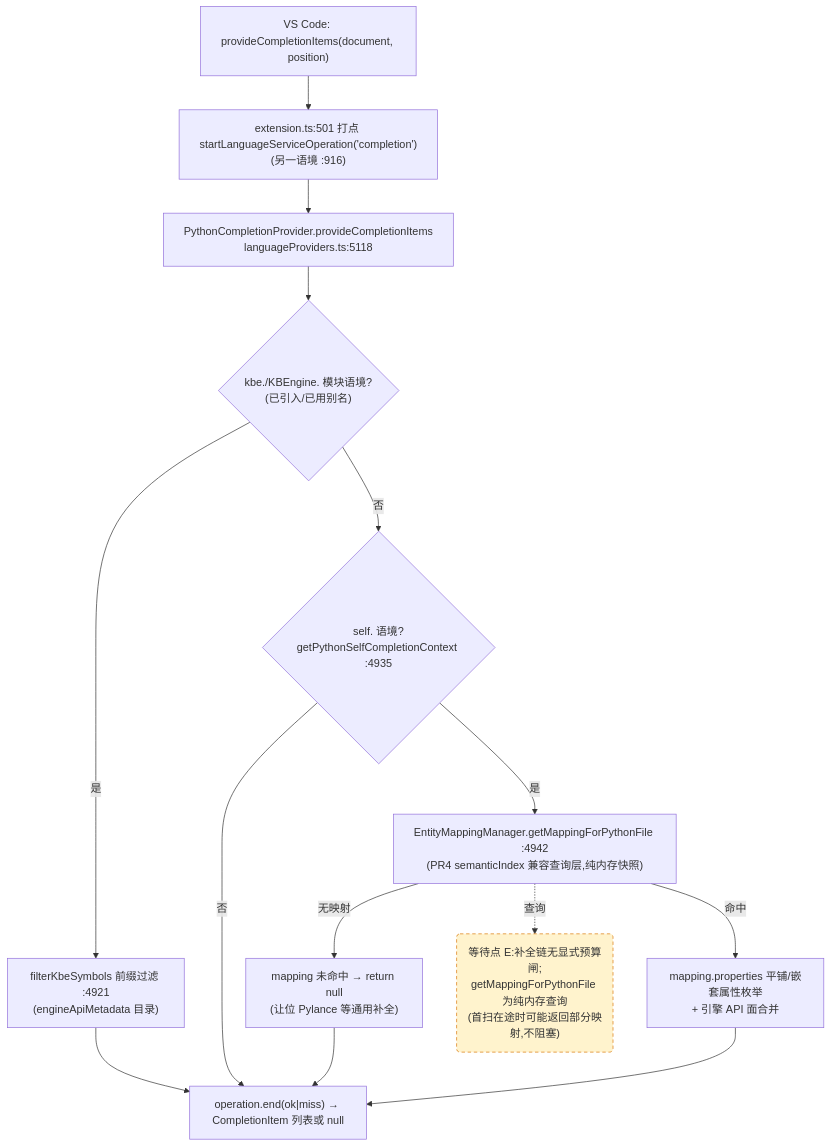
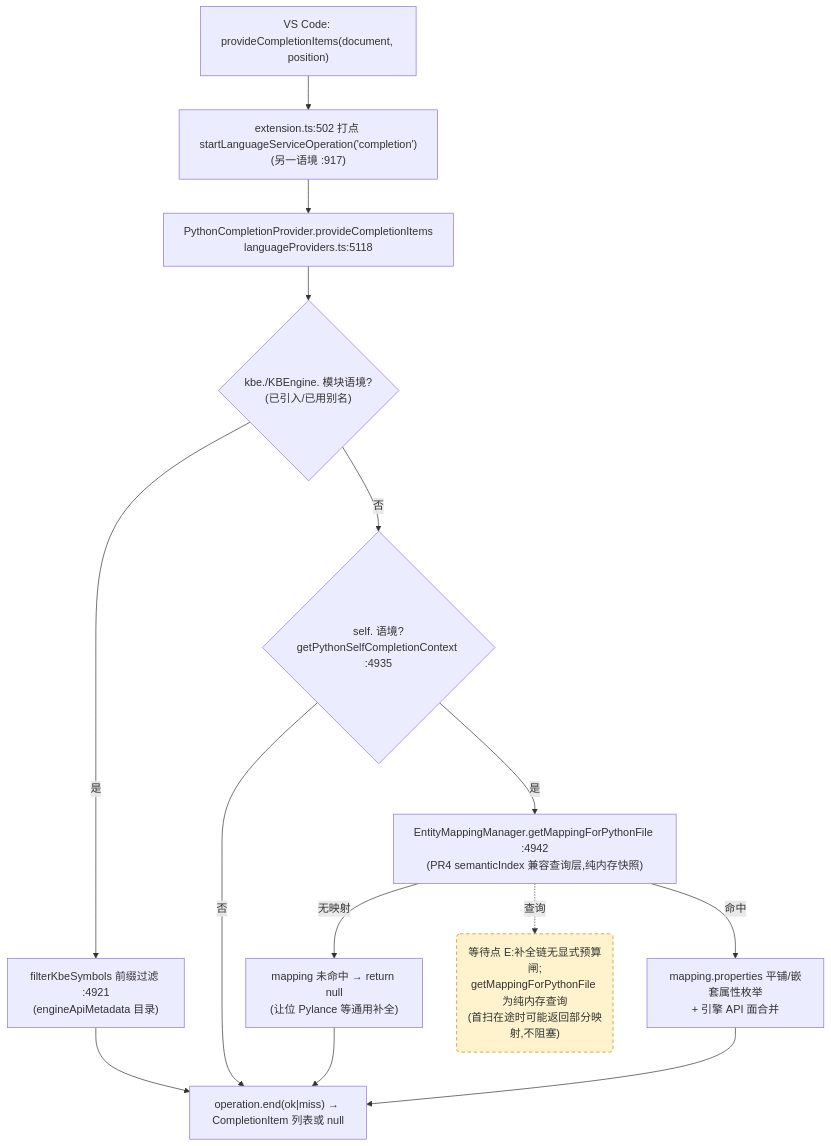
Before and after one commit to cuihairu/kode: the third of 4 diagrams in docs/perf/2026-baseline.md, drawn with Mermaid. The commit also changed other lines of this file and 13 other files, not shown here.

````diff
--- a/docs/perf/2026-baseline.md
+++ b/docs/perf/2026-baseline.md
@@ -184,27 +184,27 @@
 ```mermaid
 flowchart TD
   VC3["VS Code: provideCompletionItems(document, position)"]
-  M3["extension.ts:501 打点 startLanguageServiceOperation('completion')<br/>(另一语境 :916)"]
+  M3["extension.ts:502 打点 startLanguageServiceOperation('completion')<br/>(另一语境 :917)"]
   CP["PythonCompletionProvider.provideCompletionItems<br/>languageProviders.ts:5118"]
   KBEC{"kbe./KBEngine. 模块语境?<br/>(已引入/已用别名)"}
   FILTER["filterKbeSymbols 前缀过滤 :4921<br/>(engineApiMetadata 目录)"]
   SELFC{"self. 语境?<br/>getPythonSelfCompletionContext :4935"}
   MAP["EntityMappingManager.getMappingForPythonFile :4942<br/>(PR4 semanticIndex 兼容查询层,纯内存快照)"]
   NOMAP["mapping 未命中 → return null<br/>(让位 Pylance 等通用补全)"]
   PROPS["mapping.properties 平铺/嵌套属性枚举<br/>+ 引擎 API 面合并"]
   END3["operation.end(ok|miss) → CompletionItem 列表或 null"]
 
   VC3 --> M3 --> CP --> KBEC
   KBEC -- "是" --> FILTER --> END3
   KBEC -- "否" --> SELFC
   SELFC -- "否" --> END3
   SELFC -- "是" --> MAP
   MAP -- "无映射" --> NOMAP --> END3
   MAP -- "命中" --> PROPS --> END3
 
   WAITE("等待点 E:补全链无显式预算闸;<br/>getMappingForPythonFile 为纯内存查询<br/>(首扫在途时可能返回部分映射,不阻塞)")
   MAP -.->|查询| WAITE
 
   classDef waitPoint fill:#fff3cd,stroke:#d97706,stroke-dasharray:5 4;
   class WAITE waitPoint;
 ```
````
